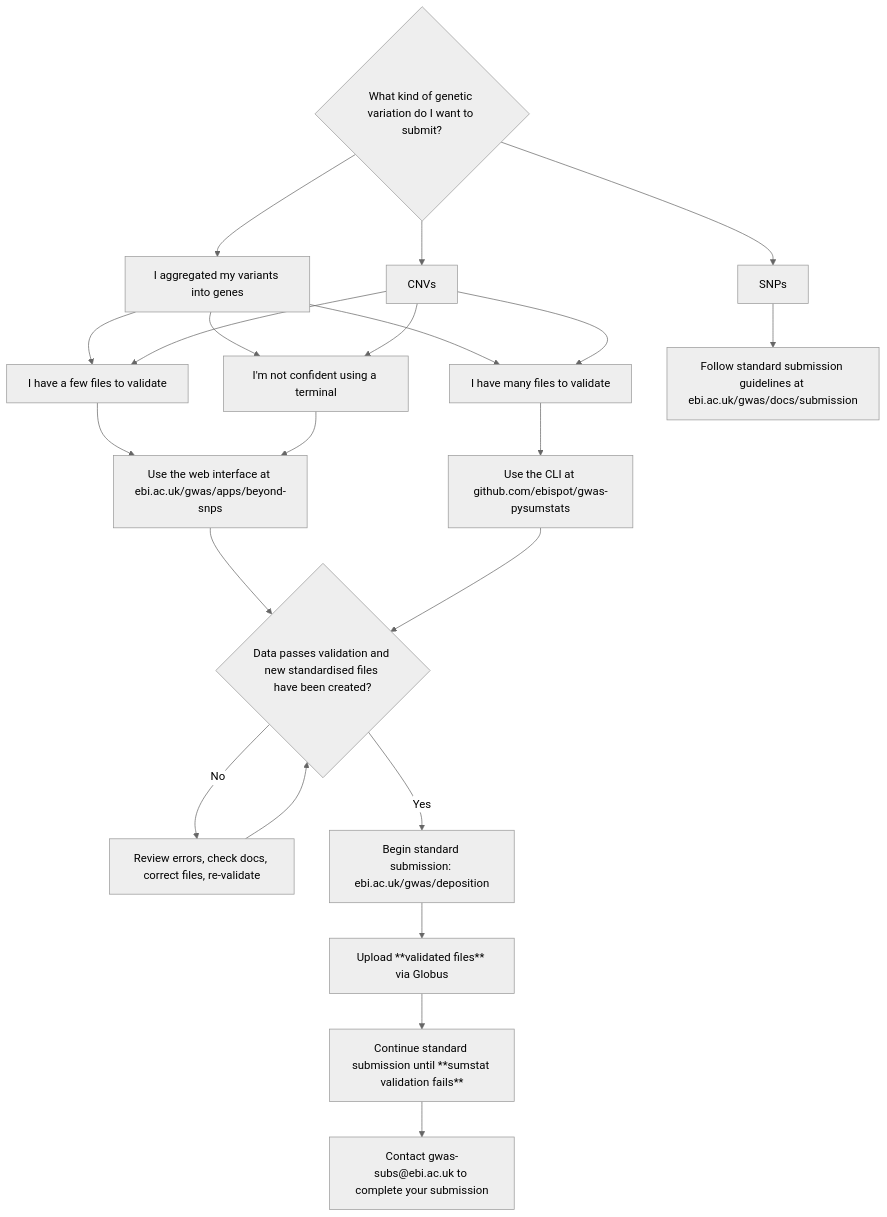
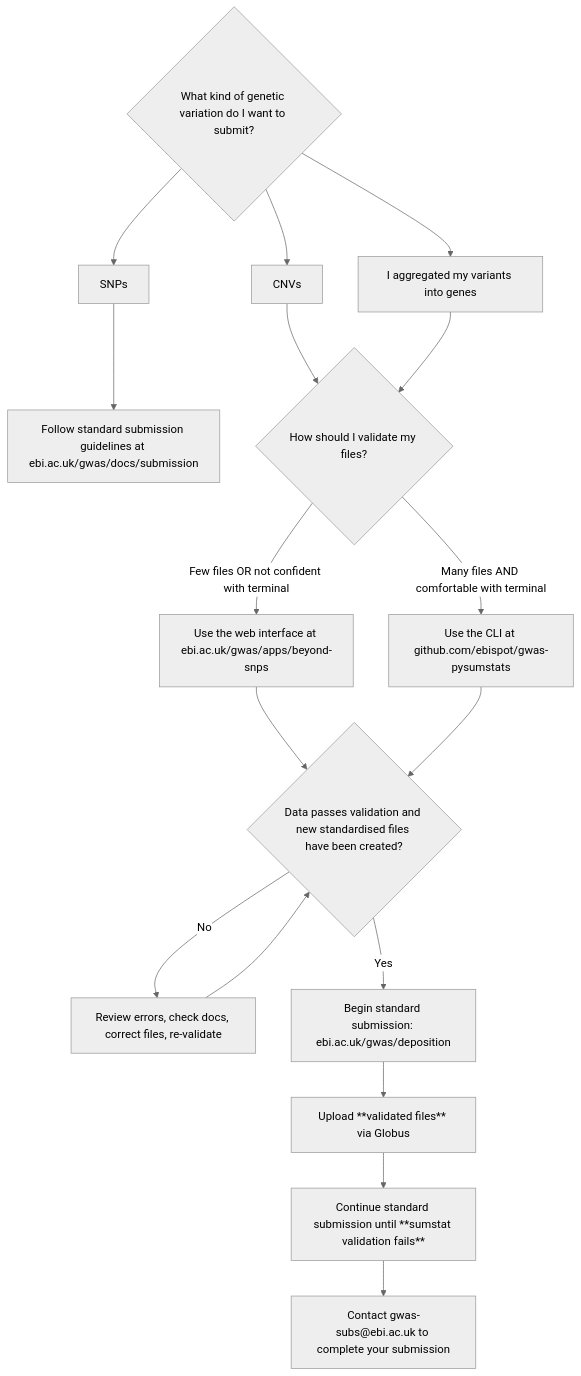
Before and after one commit to EBISPOT/gwas-beyond-snps: the diagram in docs/docs/how-to-submit.md, drawn with Mermaid (neutral theme).

Commit message:
simplify diagram

````diff
--- a/docs/docs/how-to-submit.md
+++ b/docs/docs/how-to-submit.md
@@ -7,50 +7,48 @@
 ```mermaid
 flowchart TD
 
     A{What kind of genetic variation do I want to submit?}
     B[SNPs]
     C[CNVs]
     D[I aggregated my variants into genes]
 
     A --> B
     A --> C
     A --> D
 
-    E[I have many files to validate]
-    F[I have a few files to validate]
-    G[I'm not confident using a terminal]
+    Z[Follow standard submission guidelines at ebi.ac.uk/gwas/docs/submission]
+    B --> Z
+
+    X{How should I validate my files?}
 
     H[Use the web interface at ebi.ac.uk/gwas/apps/beyond-snps]
     I[Use the CLI at github.com/ebispot/gwas-pysumstats]
 
-    E --> I
-    F --> H
-    G --> H
+    C --> X
+    D --> X
 
-    D --> E & F & G
-    C --> E & F & G
+    X -->|Few files OR not confident with terminal| H
+    X -->|Many files AND comfortable with terminal| I
 
     J{Data passes validation and new standardised files have been created?}
 
-    H & I --> J
+    H --> J
+    I --> J
 
     K[Review errors, check docs, correct files, re-validate]
 
     J -->|No| K
     K --> J
 
     L[Begin standard submission: ebi.ac.uk/gwas/deposition]
     J -->|Yes| L
 
     M[Upload **validated files** via Globus]
     L --> M
 
     N[Continue standard submission until **sumstat validation fails**]
     M --> N
 
     O[Contact gwas-subs@ebi.ac.uk to complete your submission]
     N --> O
-
-    Z[Follow standard submission guidelines at ebi.ac.uk/gwas/docs/submission]
-    B --> Z
 ```
````
